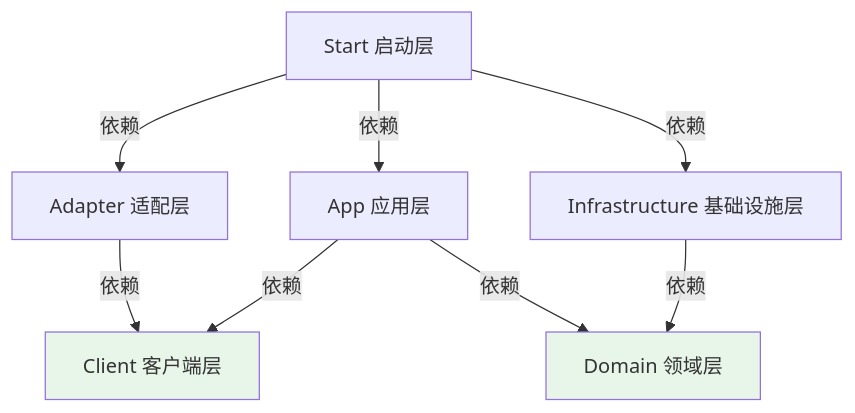
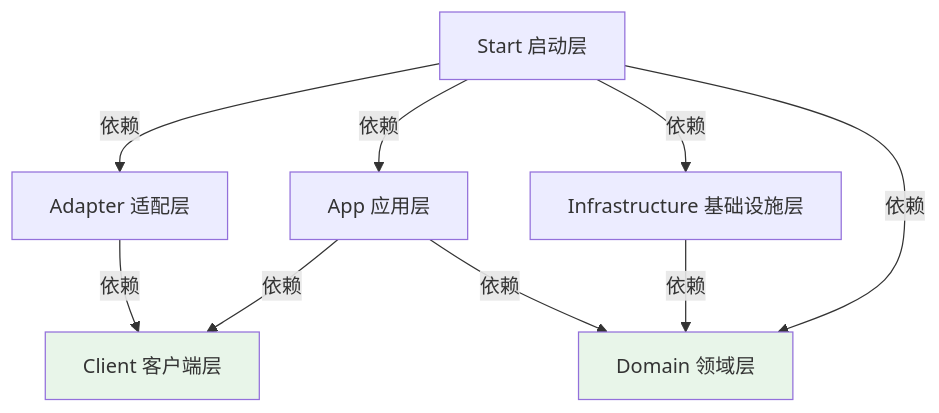
Before and after one commit to Yggdrasil-Labs/midgard-backend-template: the first of 2 diagrams in README.md, drawn with Mermaid.

Commit message:
docs: 更新 依赖关系

````diff
--- a/README.md
+++ b/README.md
@@ -53,14 +53,15 @@
 ```mermaid
 flowchart TD
     Start[Start 启动层] -->|依赖| Adapter[Adapter 适配层]
     Start -->|依赖| App[App 应用层]
     Start -->|依赖| Infrastructure[Infrastructure 基础设施层]
+    Start -->|依赖| Domain[Domain 领域层]
     
     Adapter -->|依赖| Client[Client 客户端层]
     App -->|依赖| Client
-    App -->|依赖| Domain[Domain 领域层]
+    App -->|依赖| Domain
     Infrastructure -->|依赖| Domain
     
     style Domain fill:#e8f5e9
     style Client fill:#e8f5e9
 ```
````
